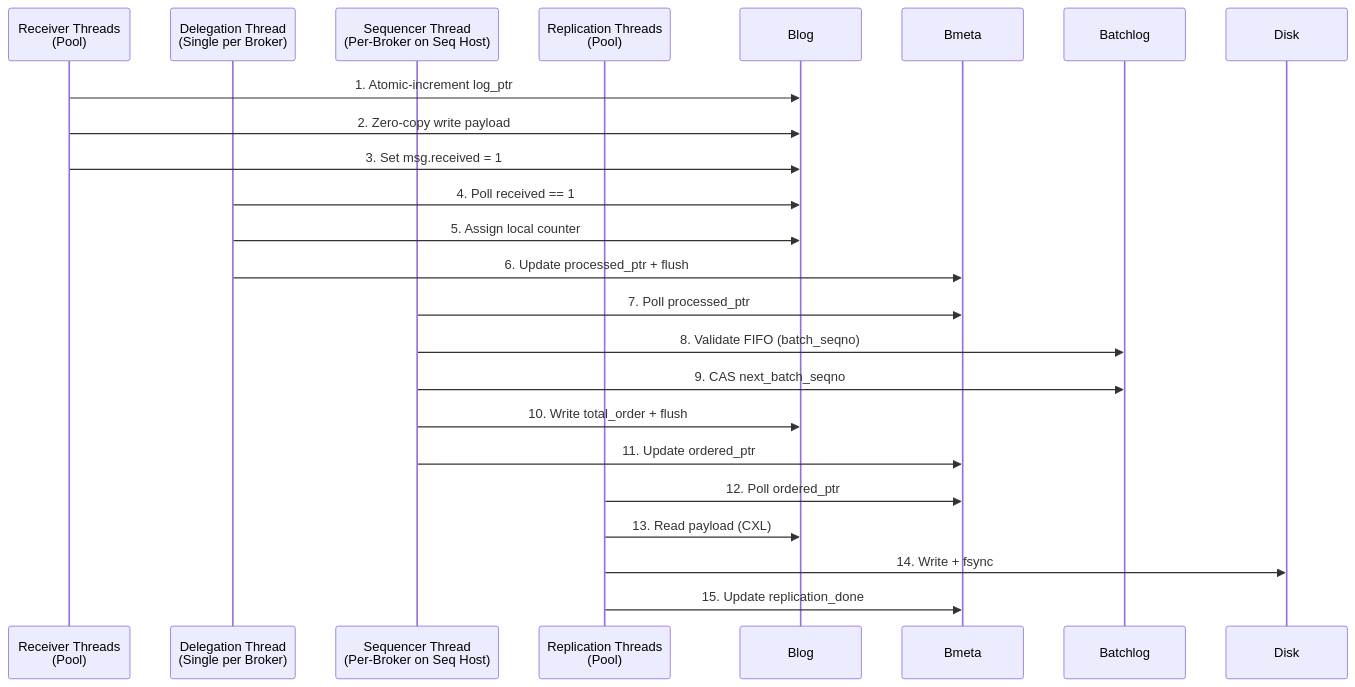
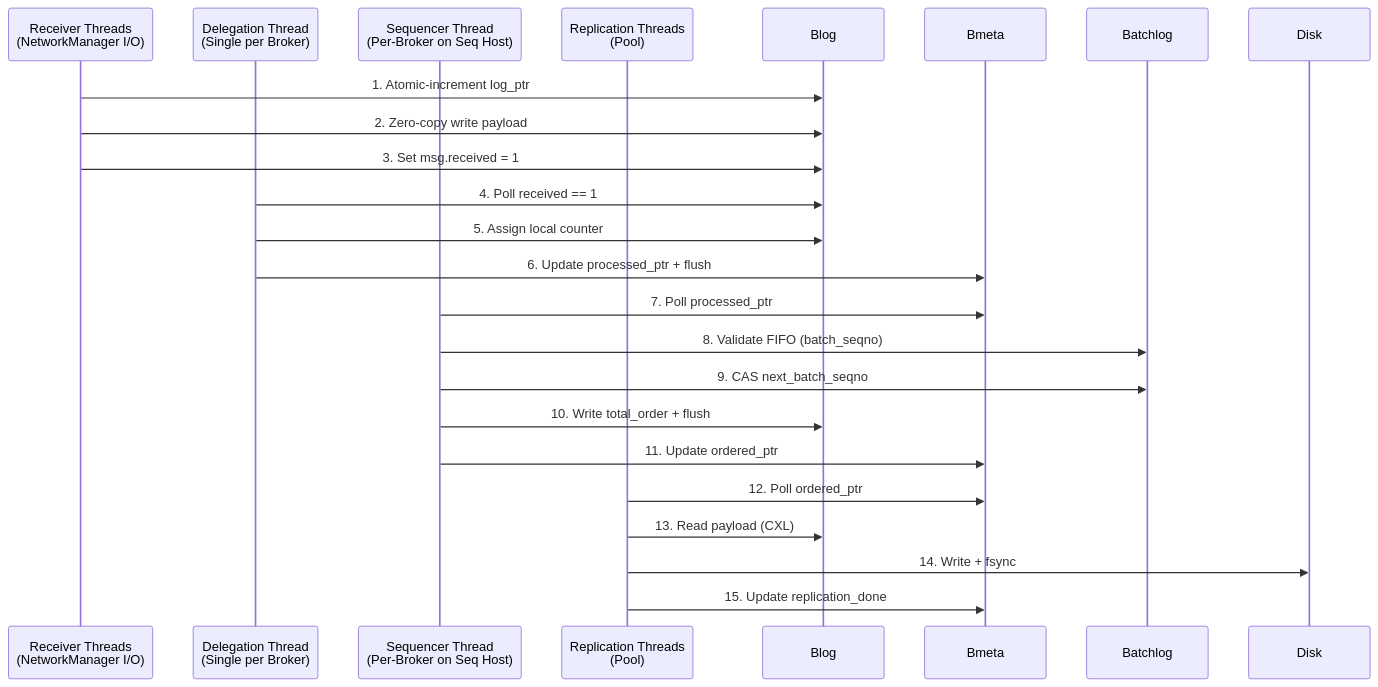
One commit to jaewan/Embarcadero changed the second of 2 diagrams in docs/memory-bank/systemPatterns.md. Above: the diagram before and after it, drawn with Mermaid. The commit also changed other lines of this file and 26 other files, not shown here.

````diff
--- a/docs/memory-bank/systemPatterns.md
+++ b/docs/memory-bank/systemPatterns.md
@@ -251,26 +259,26 @@
 ```mermaid
 sequenceDiagram
-    participant R as Receiver Threads<br/>(Pool)
+    participant R as Receiver Threads<br/>(NetworkManager I/O)
     participant D as Delegation Thread<br/>(Single per Broker)
     participant S as Sequencer Thread<br/>(Per-Broker on Seq Host)
     participant Rep as Replication Threads<br/>(Pool)
 
     R->>Blog: 1. Atomic-increment log_ptr
     R->>Blog: 2. Zero-copy write payload
     R->>Blog: 3. Set msg.received = 1
 
     D->>Blog: 4. Poll received == 1
     D->>Blog: 5. Assign local counter
     D->>Bmeta: 6. Update processed_ptr + flush
 
     S->>Bmeta: 7. Poll processed_ptr
     S->>Batchlog: 8. Validate FIFO (batch_seqno)
     S->>Batchlog: 9. CAS next_batch_seqno
     S->>Blog: 10. Write total_order + flush
     S->>Bmeta: 11. Update ordered_ptr
 
     Rep->>Bmeta: 12. Poll ordered_ptr
     Rep->>Blog: 13. Read payload (CXL)
     Rep->>Disk: 14. Write + fsync
     Rep->>Bmeta: 15. Update replication_done
 ```
````
